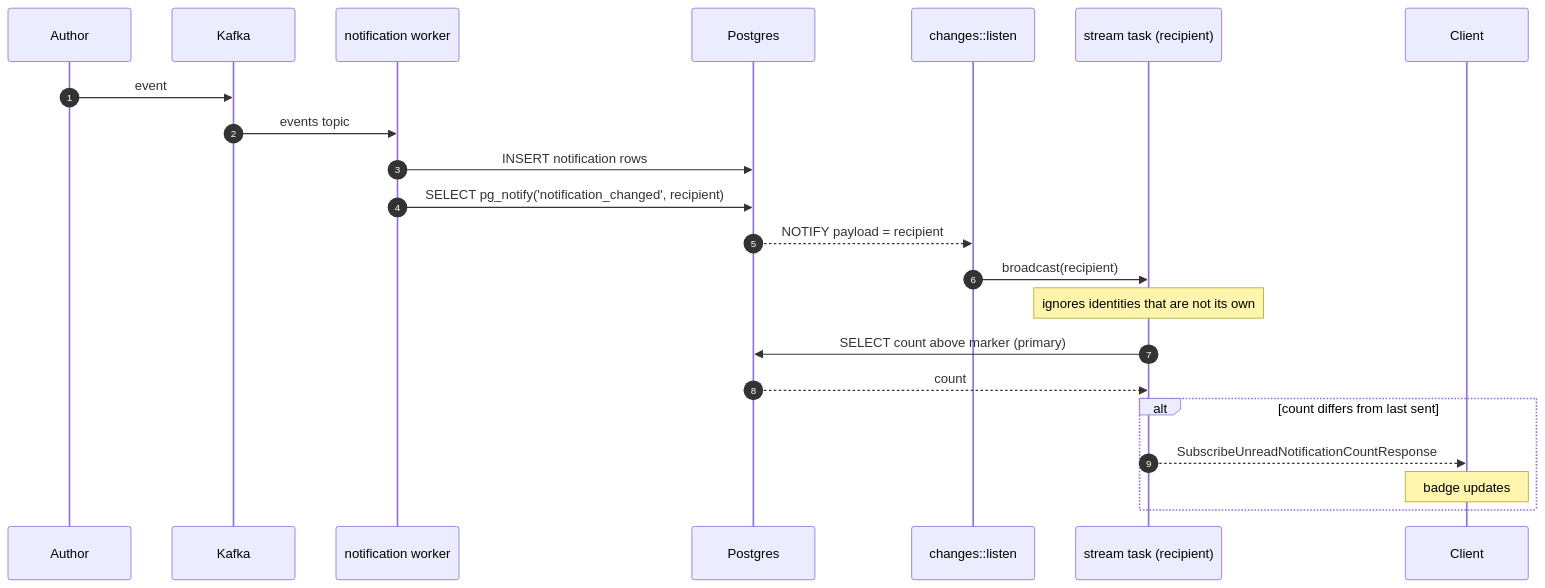
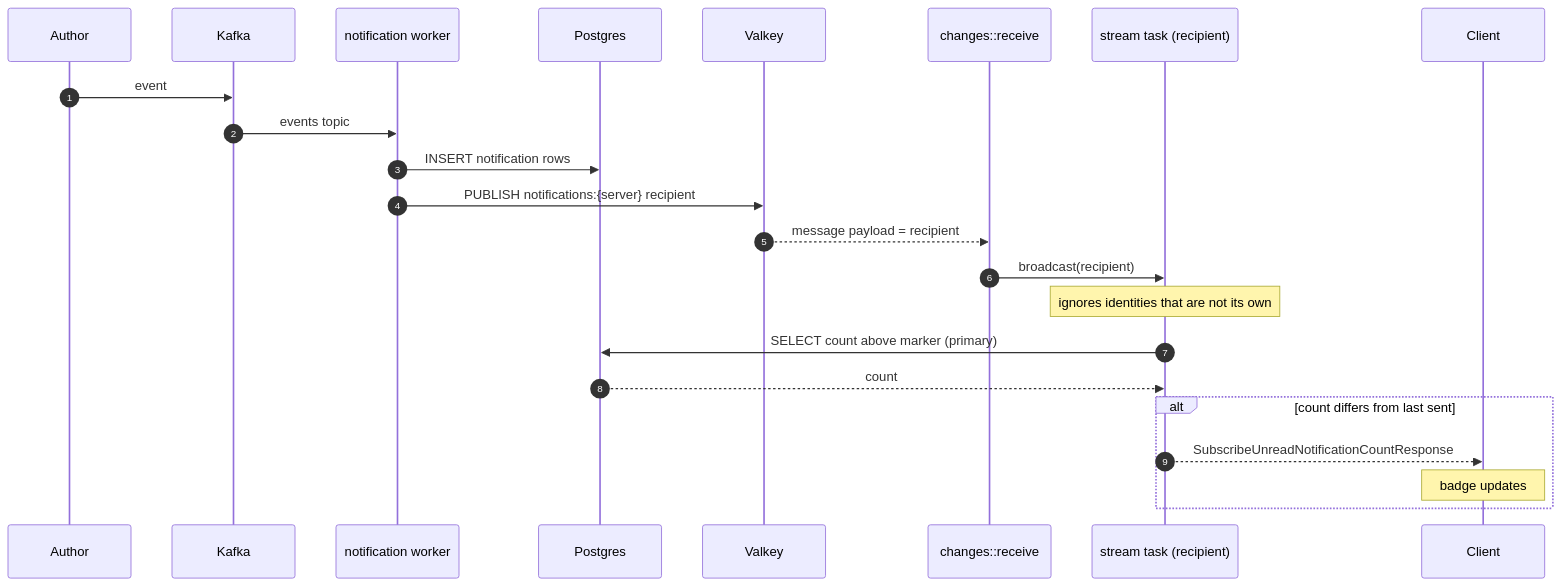
The second of 4 diagrams in docs/content/developer/unread-notifications.md (futo-org/Harbor), drawn with Mermaid before and after one commit. The commit also changed other lines of this file and 11 other files, not shown here.

````diff
--- a/docs/content/developer/unread-notifications.md
+++ b/docs/content/developer/unread-notifications.md
@@ -98,25 +107,26 @@
 ```mermaid
 sequenceDiagram
     autonumber
     participant Author
     participant Kafka
     participant Worker as notification worker
     participant PG as Postgres
-    participant Listener as changes::listen
+    participant Valkey
+    participant Feed as changes::receive
     participant Task as stream task (recipient)
     participant Client
 
     Author->>Kafka: event
     Kafka->>Worker: events topic
     Worker->>PG: INSERT notification rows
-    Worker->>PG: SELECT pg_notify('notification_changed', recipient)
-    PG-->>Listener: NOTIFY payload = recipient
-    Listener->>Task: broadcast(recipient)
+    Worker->>Valkey: PUBLISH notifications:{server} recipient
+    Valkey-->>Feed: message payload = recipient
+    Feed->>Task: broadcast(recipient)
     Note over Task: ignores identities that are not its own
     Task->>PG: SELECT count above marker (primary)
     PG-->>Task: count
     alt count differs from last sent
         Task-->>Client: SubscribeUnreadNotificationCountResponse
         Note over Client: badge updates
     end
 ```
````
